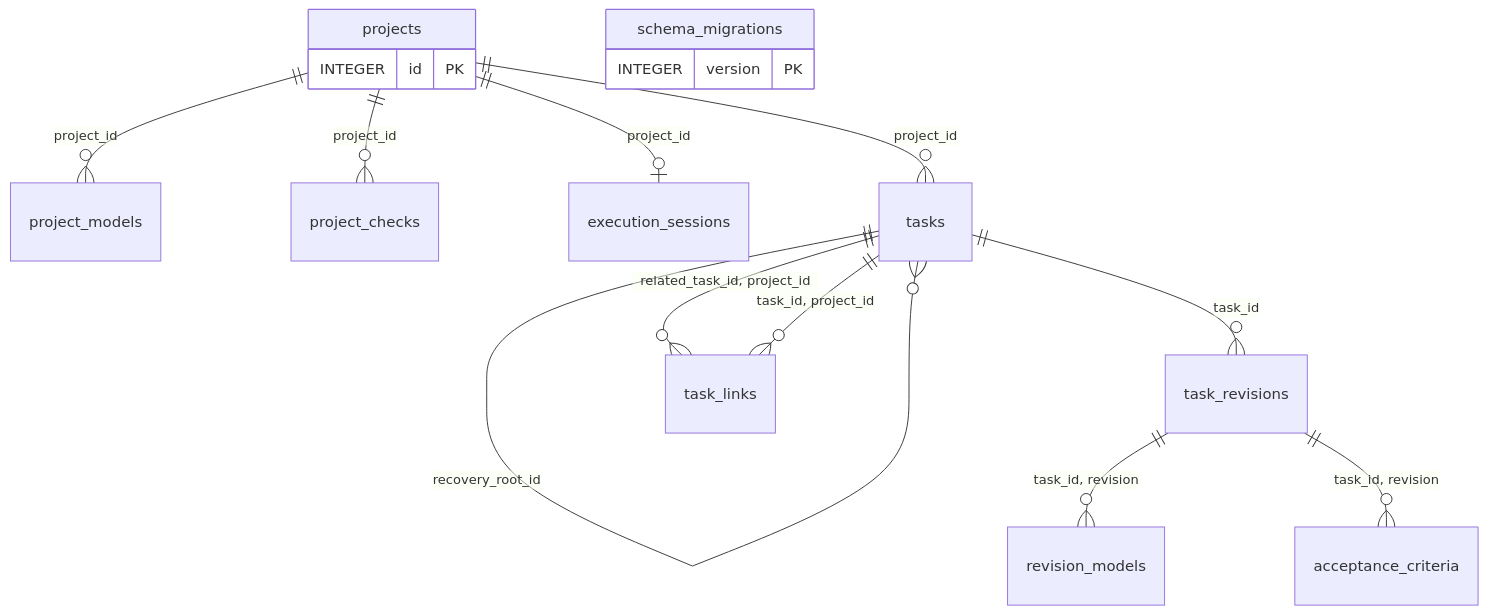
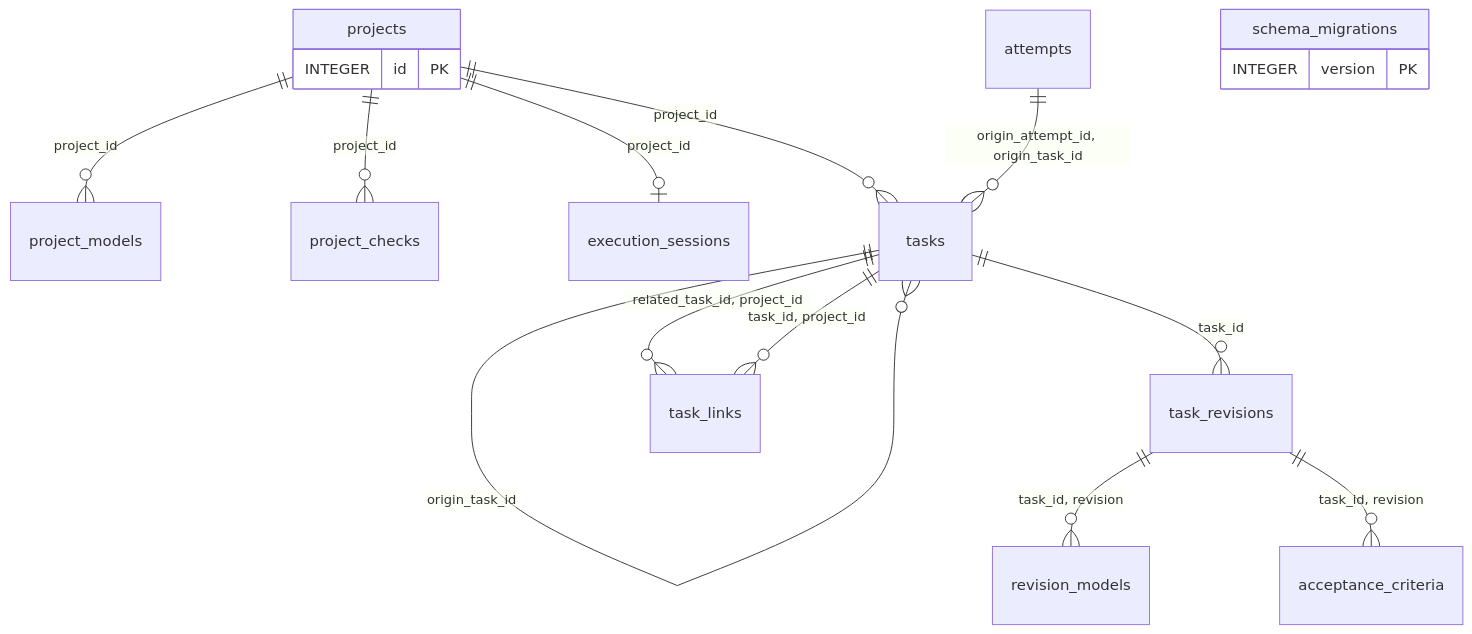
One commit to IllyaYalovyy/ktask-rs changed the first of 3 diagrams in docs/STORAGE.md. Above: the diagram before and after it, drawn with Mermaid. The commit also changed other lines of this file and 20 other files, not shown here.

Commit message:
ktask: task #6, attempt #36

````diff
--- a/docs/STORAGE.md
+++ b/docs/STORAGE.md
@@ -89,19 +94,21 @@
 ```mermaid
 erDiagram
     projects {
         INTEGER id PK
     }
     projects ||--o{ project_models : "project_id"
     projects ||--o{ project_checks : "project_id"
     projects ||--o| execution_sessions : "project_id"
     projects ||--o{ tasks : "project_id"
     tasks ||--o{ tasks : "recovery_root_id"
+    tasks ||--o{ tasks : "origin_task_id"
+    attempts ||--o{ tasks : "origin_attempt_id, origin_task_id"
     tasks ||--o{ task_revisions : "task_id"
     task_revisions ||--o{ revision_models : "task_id, revision"
     task_revisions ||--o{ acceptance_criteria : "task_id, revision"
     tasks ||--o{ task_links : "related_task_id, project_id"
     tasks ||--o{ task_links : "task_id, project_id"
     schema_migrations {
         INTEGER version PK
     }
 ```
````
